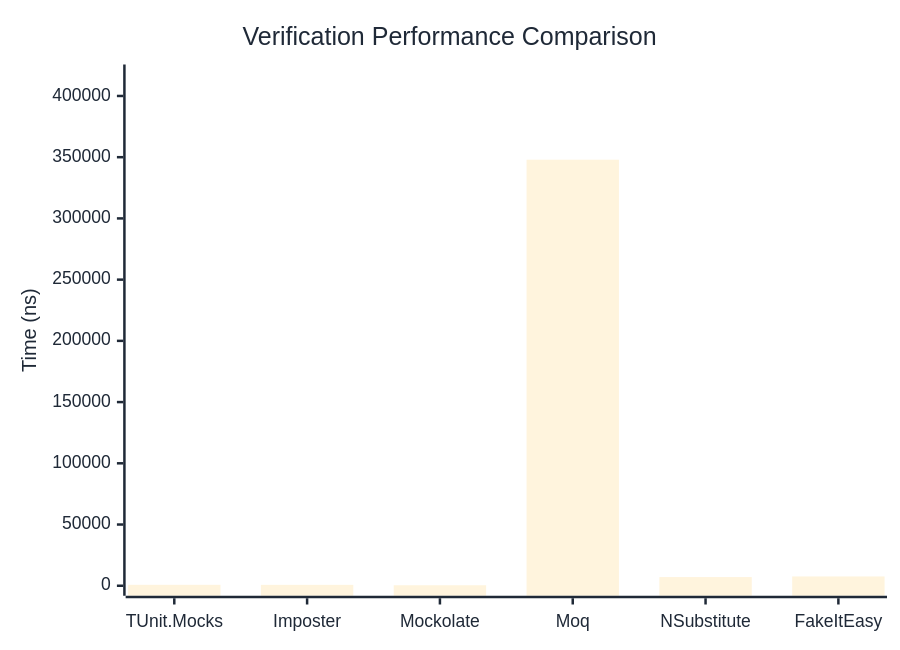
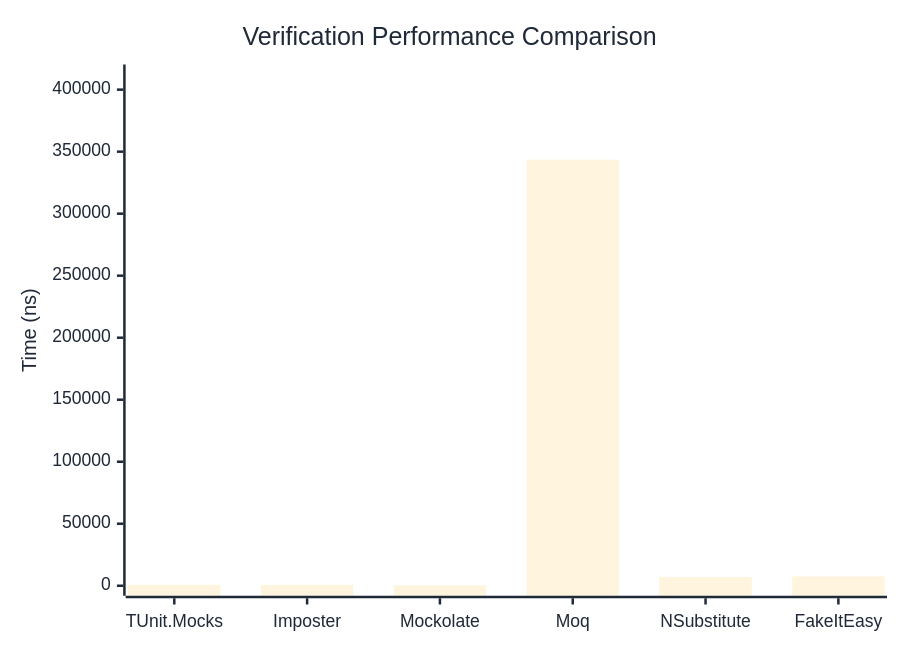
The first of 3 diagrams in docs/docs/benchmarks/mocks/Verification.md (thomhurst/TUnit), drawn with Mermaid before and after one commit. The commit also changed other lines of this file and 14 other files, not shown here.

````diff
--- a/docs/docs/benchmarks/mocks/Verification.md
+++ b/docs/docs/benchmarks/mocks/Verification.md
@@ -30,27 +30,27 @@
 ```mermaid
 %%{init: {
   'theme':'base',
   'themeVariables': {
     'primaryColor': '#2563eb',
     'primaryTextColor': '#1f2937',
     'primaryBorderColor': '#1e40af',
     'lineColor': '#6b7280',
     'secondaryColor': '#7c3aed',
     'tertiaryColor': '#dc2626',
     'background': '#ffffff',
     'pie1': '#2563eb',
     'pie2': '#7c3aed',
     'pie3': '#dc2626',
     'pie4': '#f59e0b',
     'pie5': '#10b981',
     'pie6': '#06b6d4',
     'pie7': '#ec4899',
     'pie8': '#6366f1'
   }
 }}%%
 xychart-beta
   title "Verification Performance Comparison"
   x-axis ["TUnit.Mocks", "Imposter", "Mockolate", "Moq", "NSubstitute", "FakeItEasy"]
-  y-axis "Time (ns)" 0 --> 417532
-  bar [757.38, 730.08, 404.55, 347942.95, 7076.23, 7606.75]
+  y-axis "Time (ns)" 0 --> 412212
+  bar [708.54, 732.6, 395.11, 343509.42, 7010.84, 7523.84]
 ```
````
